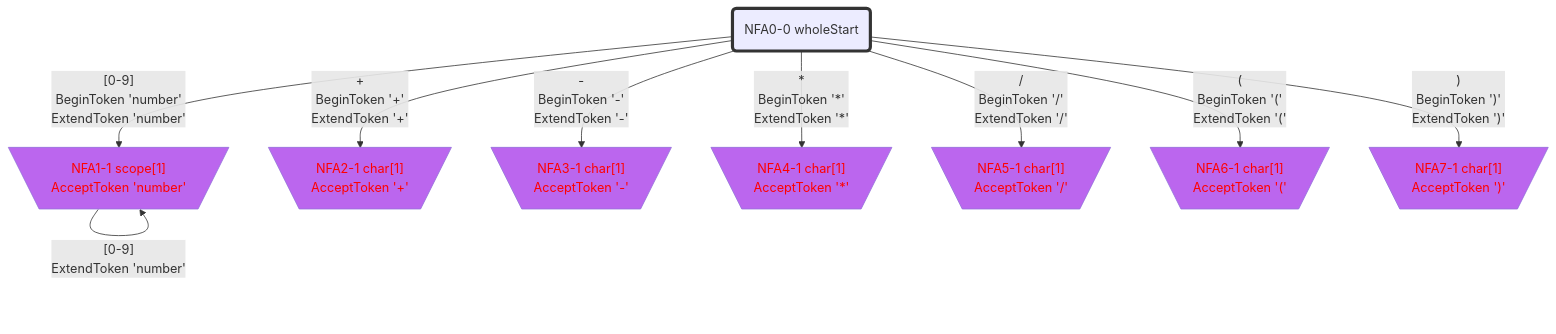
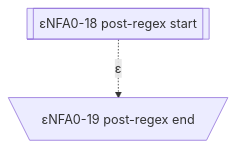
One commit to bitzhuwei/GrammarMentor changed diagram 16 of 25 in Practices/Practice.GeneratedXxxFormat.Test/GeneratedCalc/LexicalAnalyzer/README.gen.md. Above: the diagram before and after it, drawn with Mermaid. The commit also changed other lines of this file and 3868 other files, not shown here.

````diff
--- a/Practices/Practice.GeneratedXxxFormat.Test/GeneratedCalc/LexicalAnalyzer/README.gen.md
+++ b/Practices/Practice.GeneratedXxxFormat.Test/GeneratedCalc/LexicalAnalyzer/README.gen.md
@@ -947,65 +454,21 @@
 ```Mermaid
 flowchart
 classDef c0001 color:#FF0000;
 classDef c0010 stroke-dasharray: 10 10;
 classDef c0011 stroke-dasharray: 10 10,color:#FF0000;
 classDef c0100 fill:#BB66EE;
 classDef c0101 fill:#BB66EE,color:#FF0000;
 classDef c0110 fill:#BB66EE,stroke-dasharray: 10 10;
 classDef c0111 fill:#BB66EE,stroke-dasharray: 10 10,color:#FF0000;
 classDef c1000 stroke:#333,stroke-width:4px;
 classDef c1001 stroke:#333,stroke-width:4px,color:#FF0000;
 classDef c1010 stroke:#333,stroke-width:4px,stroke-dasharray: 10 10;
 classDef c1011 stroke:#333,stroke-width:4px,stroke-dasharray: 10 10,color:#FF0000;
 classDef c1100 stroke:#333,stroke-width:4px,fill:#BB66EE;
 classDef c1101 stroke:#333,stroke-width:4px,fill:#BB66EE,color:#FF0000;
 classDef c1110 stroke:#333,stroke-width:4px,fill:#BB66EE,stroke-dasharray: 10 10;
 classDef c1111 stroke:#333,stroke-width:4px,fill:#BB66EE,stroke-dasharray: 10 10,color:#FF0000;
-NFA0_0_27773061("NFA0-0 wholeStart")
-class NFA0_0_27773061 c1000;
-NFA1_1_47825138[\"NFA1-1 scope[1]
-AcceptToken 'number'"/]
-class NFA1_1_47825138 c0101;
-NFA2_1_48630964[\"NFA2-1 char[1]
-AcceptToken '+'"/]
-class NFA2_1_48630964 c0101;
-NFA3_1_35025494[\"NFA3-1 char[1]
-AcceptToken '-'"/]
-class NFA3_1_35025494 c0101;
-NFA4_1_46793998[\"NFA4-1 char[1]
-AcceptToken '*'"/]
-class NFA4_1_46793998 c0101;
-NFA5_1_18492804[\"NFA5-1 char[1]
-AcceptToken '/'"/]
-class NFA5_1_18492804 c0101;
-NFA6_1_32217513[\"NFA6-1 char[1]
-AcceptToken '('"/]
-class NFA6_1_32217513 c0101;
-NFA7_1_21522166[\"NFA7-1 char[1]
-AcceptToken ')'"/]
-class NFA7_1_21522166 c0101;
-NFA0_0_27773061 -->|"[0-9]
-BeginToken 'number'
-ExtendToken 'number'"|NFA1_1_47825138
-NFA0_0_27773061 -->|"+
-BeginToken '+'
-ExtendToken '+'"|NFA2_1_48630964
-NFA0_0_27773061 -->|"-
-BeginToken '-'
-ExtendToken '-'"|NFA3_1_35025494
-NFA0_0_27773061 -->|"*
-BeginToken '*'
-ExtendToken '*'"|NFA4_1_46793998
-NFA0_0_27773061 -->|"/
-BeginToken '/'
-ExtendToken '/'"|NFA5_1_18492804
-NFA0_0_27773061 -->|"(
-BeginToken '('
-ExtendToken '('"|NFA6_1_32217513
-NFA0_0_27773061 -->|")
-BeginToken ')'
-ExtendToken ')'"|NFA7_1_21522166
-NFA1_1_47825138 -->|"[0-9]
-ExtendToken 'number'"|NFA1_1_47825138
-
+eNFA0_18_38338487[["εNFA0-18 post-regex start"]]
+eNFA0_19_9502070[\"εNFA0-19 post-regex end"/]
+eNFA0_18_38338487 -.->|"ε"|eNFA0_19_9502070
 ```
````
